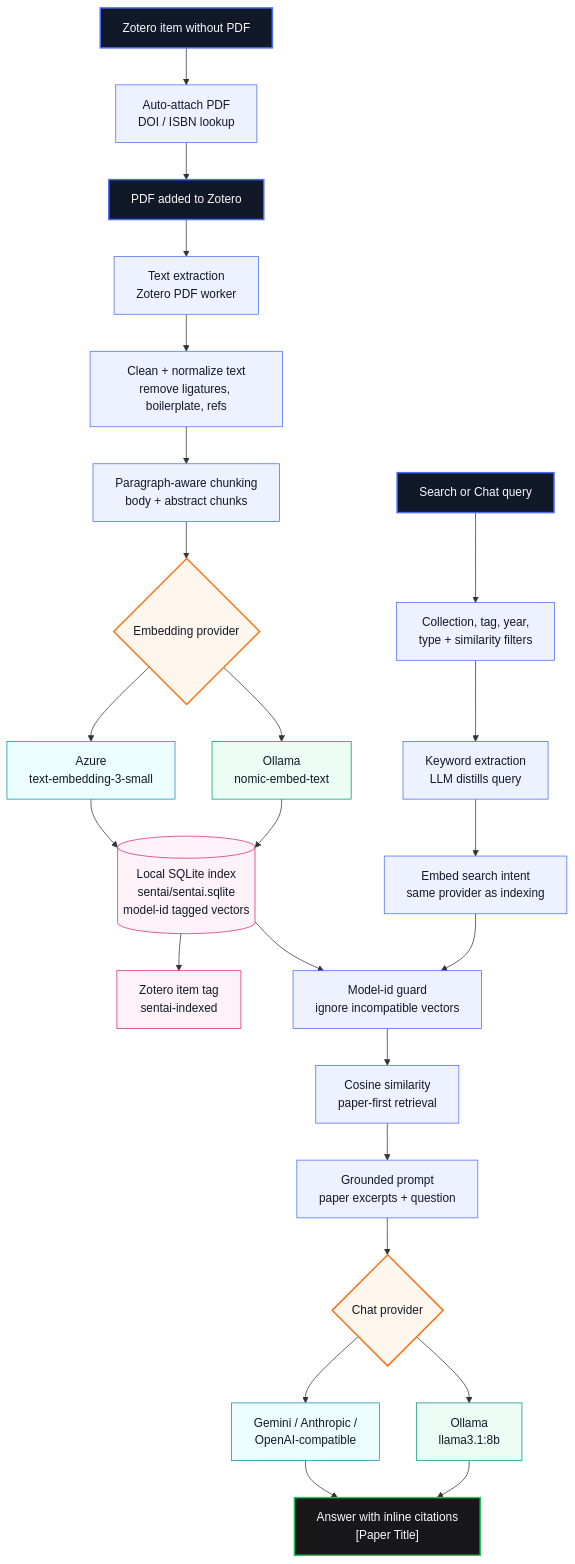
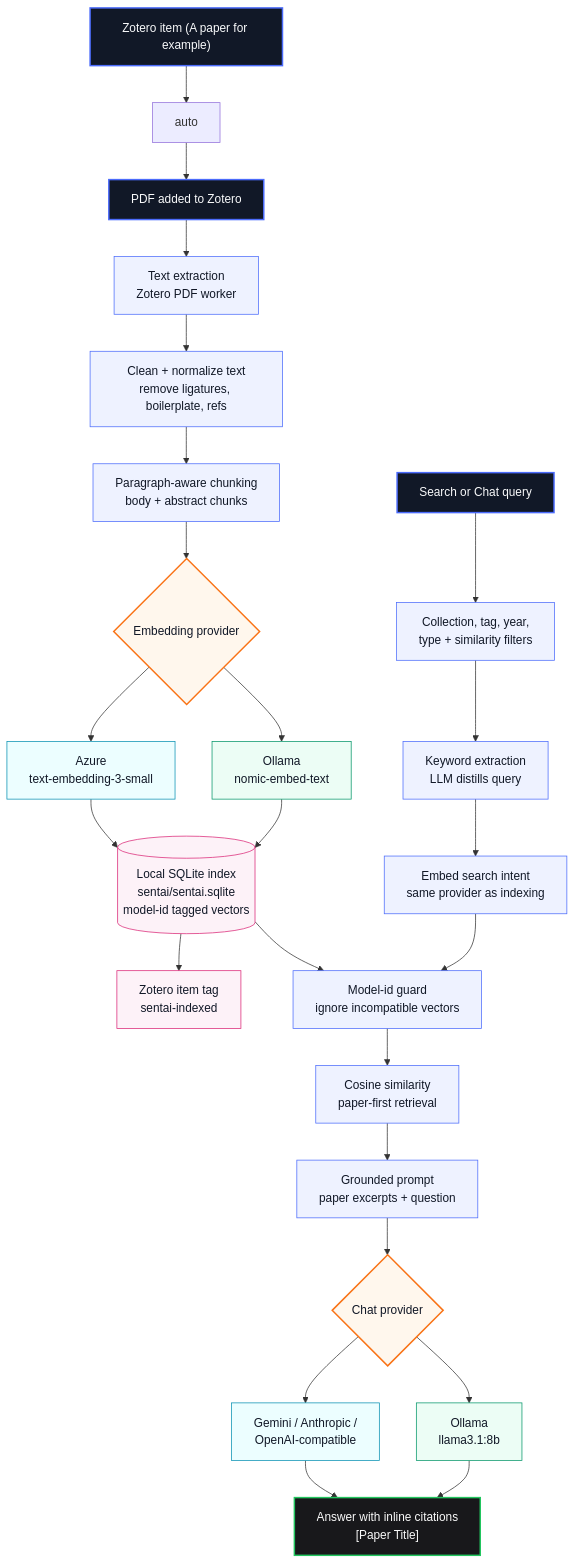
One commit to GreyCatProductions/sentAI changed the first of 2 diagrams in README.md. Above: the diagram before and after it, drawn with Mermaid. The commit also changed other lines of this file and 2 other files, not shown here.

````diff
--- a/README.md
+++ b/README.md
@@ -21,48 +21,47 @@
 ```mermaid
 flowchart TB
   %% sentAI architecture
   pdf["PDF added to Zotero"]:::event
-  item["Zotero item without PDF"]:::event
-  auto["Auto-attach PDF\nDOI / ISBN lookup"]:::process
+  item["Zotero item (A paper for example)"]:::event
 
   extract["Text extraction\nZotero PDF worker"]:::process
   clean["Clean + normalize text\nremove ligatures, boilerplate, refs"]:::process
   chunk["Paragraph-aware chunking\nbody + abstract chunks"]:::process
   embed{"Embedding provider"}:::decision
   azure["Azure\ntext-embedding-3-small"]:::cloud
   ollamaEmbed["Ollama\nnomic-embed-text"]:::local
   store[("Local SQLite index\nsentai/sentai.sqlite\nmodel-id tagged vectors")]:::storage
   tag["Zotero item tag\nsentai-indexed"]:::storage
 
   query["Search or Chat query"]:::event
   filters["Collection, tag, year,\ntype + similarity filters"]:::process
   keywords["Keyword extraction\nLLM distills query"]:::process
   qembed["Embed search intent\nsame provider as indexing"]:::process
   guard["Model-id guard\nignore incompatible vectors"]:::process
   cosine["Cosine similarity\npaper-first retrieval"]:::process
   prompt["Grounded prompt\npaper excerpts + question"]:::process
   chat{"Chat provider"}:::decision
   gemini["Gemini / Anthropic /\nOpenAI-compatible"]:::cloud
   ollamaChat["Ollama\nllama3.1:8b"]:::local
   answer["Answer with inline citations\n[Paper Title]"]:::result
 
   item --> auto --> pdf
   pdf --> extract --> clean --> chunk --> embed
   embed --> azure --> store
   embed --> ollamaEmbed --> store
   store --> tag
 
   query --> filters --> keywords --> qembed --> guard --> cosine
   store --> guard
   cosine --> prompt --> chat
   chat --> gemini --> answer
   chat --> ollamaChat --> answer
 
   classDef event fill:#111827,stroke:#4B6BFB,color:#F9FAFB,stroke-width:2px;
   classDef process fill:#EEF2FF,stroke:#4B6BFB,color:#111827;
   classDef decision fill:#FFF7ED,stroke:#F97316,color:#111827,stroke-width:2px;
   classDef cloud fill:#ECFEFF,stroke:#0891B2,color:#111827;
   classDef local fill:#ECFDF5,stroke:#059669,color:#111827;
   classDef storage fill:#FDF2F8,stroke:#DB2777,color:#111827;
   classDef result fill:#18181B,stroke:#22C55E,color:#FAFAFA,stroke-width:2px;
 ```
````
